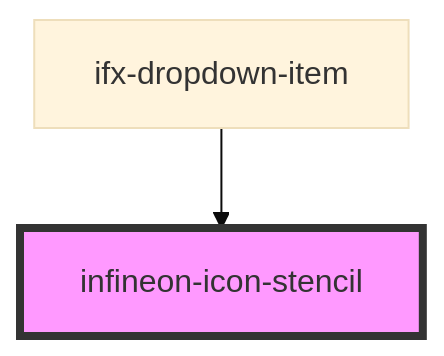
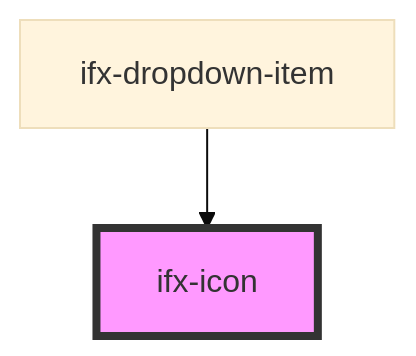
The diagram in src/readme.md (Infineon/infineon-design-system-stencil), drawn with Mermaid (base theme) before and after one commit. The commit also changed other lines of this file and 5 other files, not shown here.

Commit message:
ifx-icon release version

````diff
--- a/src/readme.md
+++ b/src/readme.md
@@ -23,5 +23,5 @@
 ```mermaid
 graph TD;
-  ifx-dropdown-item --> infineon-icon-stencil
-  style infineon-icon-stencil fill:#f9f,stroke:#333,stroke-width:4px
+  ifx-dropdown-item --> ifx-icon
+  style ifx-icon fill:#f9f,stroke:#333,stroke-width:4px
 ```
````
